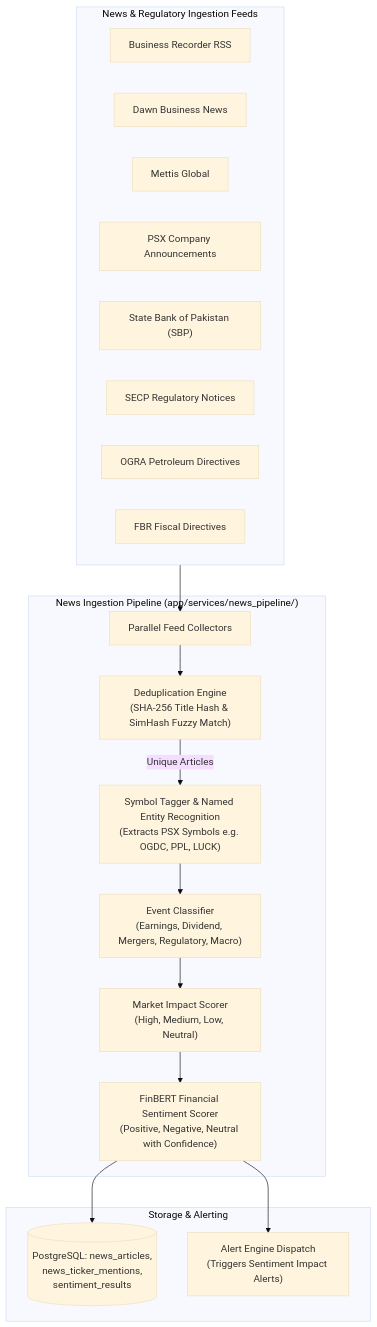
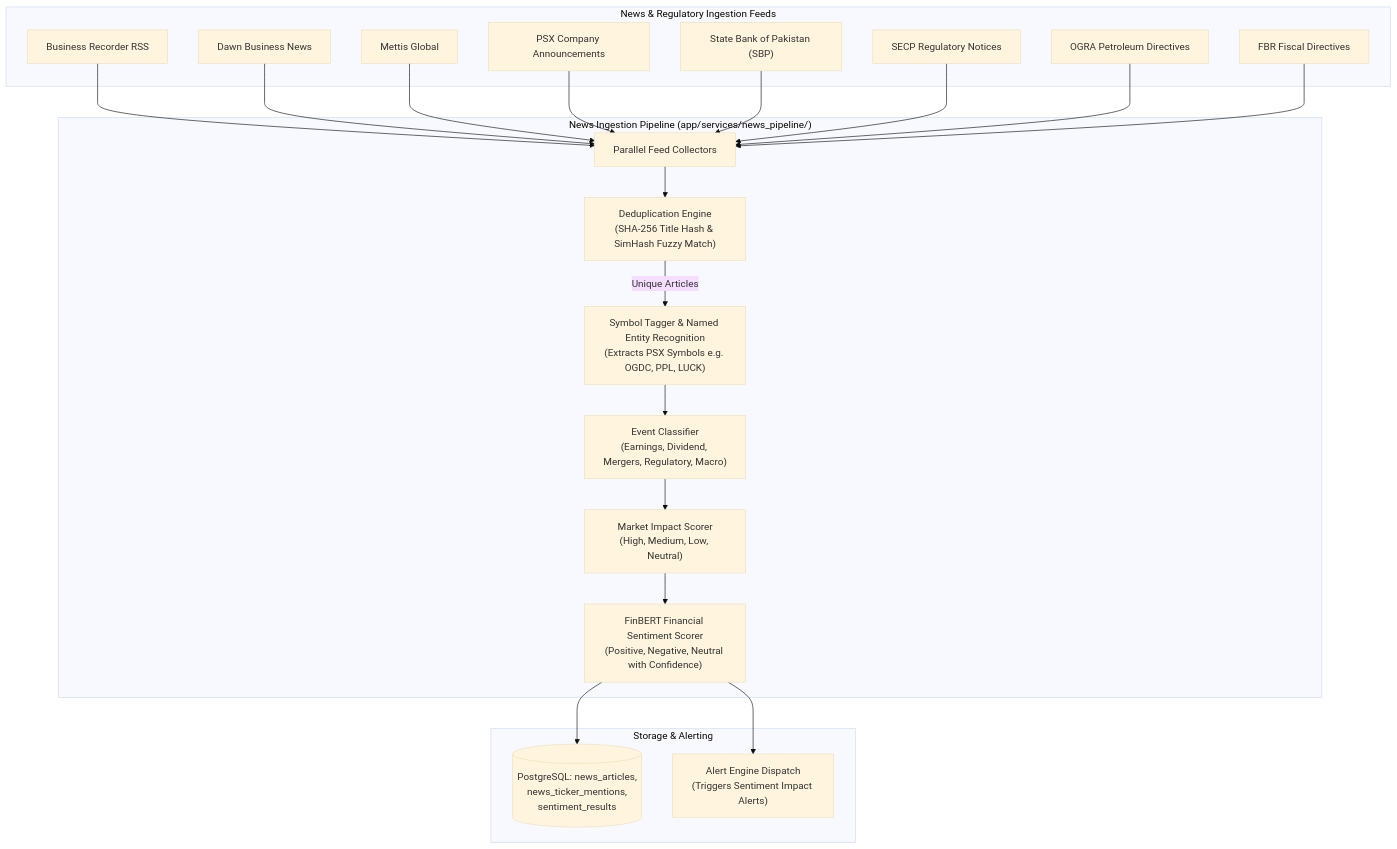
One commit to iahmedd-k/Basarat-fyp-official changed the fifth of 8 diagrams in docs/02-architecture/system-architecture.md. Above: the diagram before and after it, drawn with Mermaid (base theme). The commit also changed other lines of this file and 8 other files, not shown here.

Commit message:
docs: fix mermaid diagrams across README and documentation suite

````diff
--- a/docs/02-architecture/system-architecture.md
+++ b/docs/02-architecture/system-architecture.md
@@ -247,36 +260,43 @@
 ```mermaid
 flowchart TD
     subgraph Sources ["News & Regulatory Ingestion Feeds"]
         S_BR["Business Recorder RSS"]
         S_DAWN["Dawn Business News"]
         S_METTIS["Mettis Global"]
         S_PSX["PSX Company Announcements"]
         S_SBP["State Bank of Pakistan (SBP)"]
         S_SECP["SECP Regulatory Notices"]
         S_OGRA["OGRA Petroleum Directives"]
         S_FBR["FBR Fiscal Directives"]
     end
 
     subgraph Pipeline ["News Ingestion Pipeline (app/services/news_pipeline/)"]
         COLLECT["Parallel Feed Collectors"]
         DEDUP["Deduplication Engine<br/>(SHA-256 Title Hash & SimHash Fuzzy Match)"]
         TAGGER["Symbol Tagger & Named Entity Recognition<br/>(Extracts PSX Symbols e.g. OGDC, PPL, LUCK)"]
         CLASSIFIER["Event Classifier<br/>(Earnings, Dividend, Mergers, Regulatory, Macro)"]
         SCORER["Market Impact Scorer<br/>(High, Medium, Low, Neutral)"]
         FINBERT["FinBERT Financial Sentiment Scorer<br/>(Positive, Negative, Neutral with Confidence)"]
     end
 
     subgraph Storage ["Storage & Alerting"]
         DB_NEWS[("PostgreSQL: news_articles,<br/>news_ticker_mentions,<br/>sentiment_results")]
         ALERT_DISPATCH["Alert Engine Dispatch<br/>(Triggers Sentiment Impact Alerts)"]
     end
 
-    Sources --> COLLECT
+    S_BR --> COLLECT
+    S_DAWN --> COLLECT
+    S_METTIS --> COLLECT
+    S_PSX --> COLLECT
+    S_SBP --> COLLECT
+    S_SECP --> COLLECT
+    S_OGRA --> COLLECT
+    S_FBR --> COLLECT
     COLLECT --> DEDUP
     DEDUP -->|Unique Articles| TAGGER
     TAGGER --> CLASSIFIER
     CLASSIFIER --> SCORER
     SCORER --> FINBERT
     FINBERT --> DB_NEWS
     FINBERT --> ALERT_DISPATCH
 ```
````
